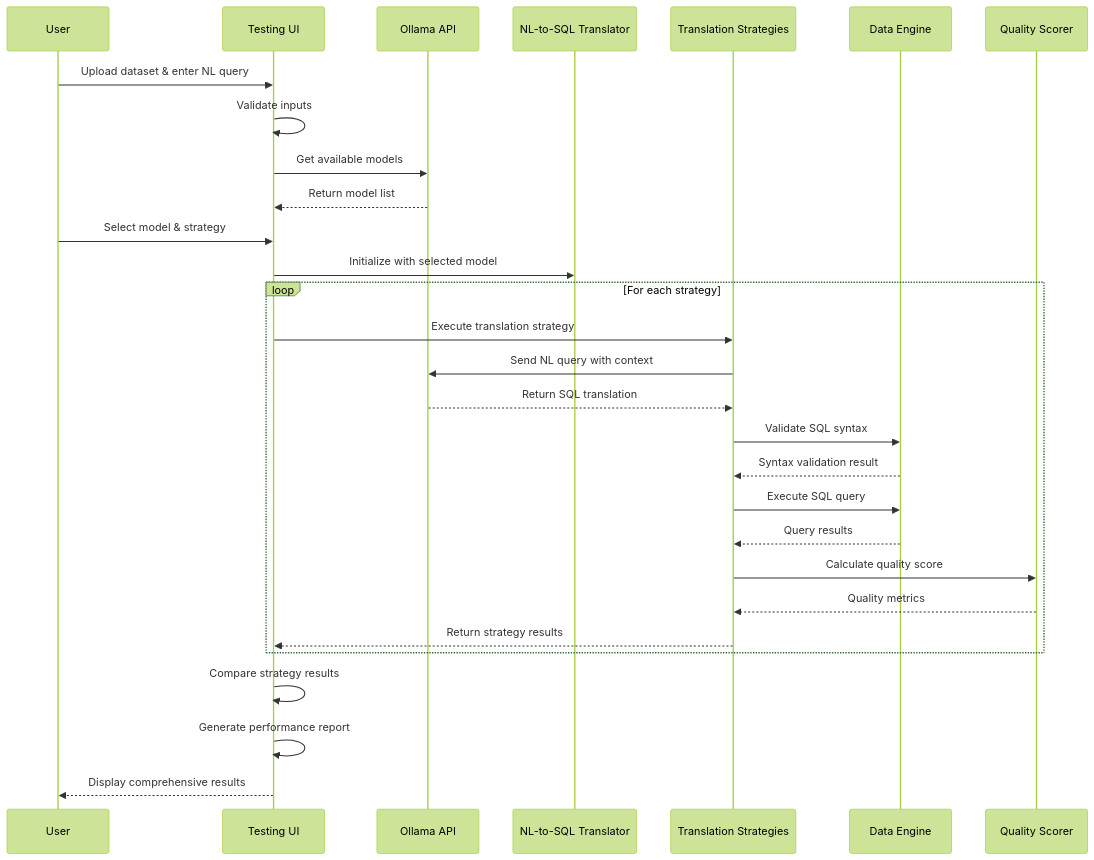
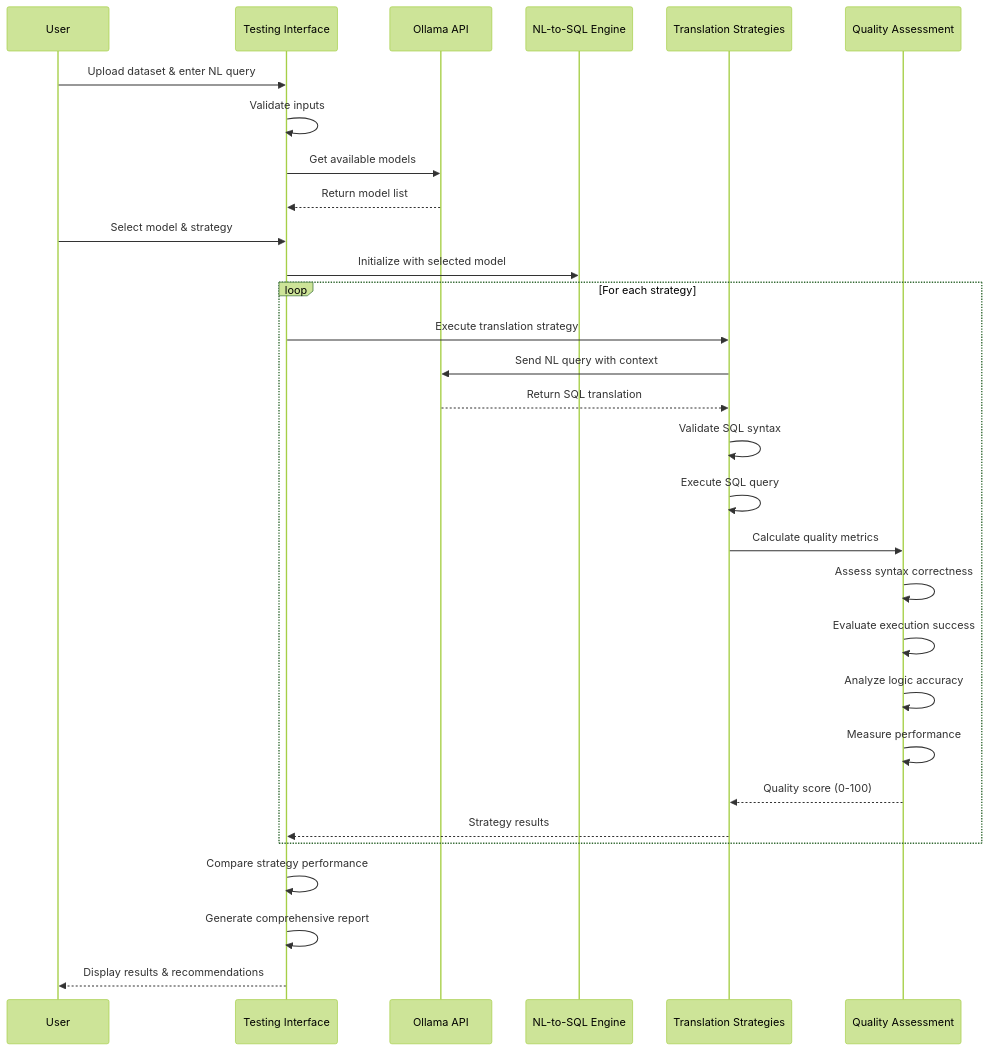
One commit to sharkoil/variancepro changed the second of 2 diagrams in README.md. Above: the diagram before and after it, drawn with Mermaid (forest theme). The commit also changed other lines of this file and 20 other files, not shown here.

````diff
--- a/README.md
+++ b/README.md
@@ -768,34 +166,39 @@
 ```mermaid
 sequenceDiagram
     participant User
-    participant UI as Testing UI
+    participant TestUI as Testing Interface
     participant Ollama as Ollama API
-    participant Translator as NL-to-SQL Translator
+    participant Translator as NL-to-SQL Engine
     participant Strategies as Translation Strategies
-    participant DB as Data Engine
-    participant Scorer as Quality Scorer
+    participant Scorer as Quality Assessment
 
-    User->>UI: Upload dataset & enter NL query
-    UI->>UI: Validate inputs
-    UI->>Ollama: Get available models
-    Ollama-->>UI: Return model list
-    User->>UI: Select model & strategy
-    UI->>Translator: Initialize with selected model
+    User->>TestUI: Upload dataset & enter NL query
+    TestUI->>TestUI: Validate inputs
+    TestUI->>Ollama: Get available models
+    Ollama-->>TestUI: Return model list
+    
+    User->>TestUI: Select model & strategy
+    TestUI->>Translator: Initialize with selected model
     
     loop For each strategy
-        UI->>Strategies: Execute translation strategy
+        TestUI->>Strategies: Execute translation strategy
         Strategies->>Ollama: Send NL query with context
         Ollama-->>Strategies: Return SQL translation
-        Strategies->>DB: Validate SQL syntax
-        DB-->>Strategies: Syntax validation result
-        Strategies->>DB: Execute SQL query
-        DB-->>Strategies: Query results
-        Strategies->>Scorer: Calculate quality score
-        Scorer-->>Strategies: Quality metrics
-        Strategies-->>UI: Return strategy results
+        
+        Strategies->>Strategies: Validate SQL syntax
+        Strategies->>Strategies: Execute SQL query
+        Strategies->>Scorer: Calculate quality metrics
+        
+        Scorer->>Scorer: Assess syntax correctness
+        Scorer->>Scorer: Evaluate execution success
+        Scorer->>Scorer: Analyze logic accuracy
+        Scorer->>Scorer: Measure performance
+        
+        Scorer-->>Strategies: Quality score (0-100)
+        Strategies-->>TestUI: Strategy results
     end
     
-    UI->>UI: Compare strategy results
-    UI->>UI: Generate performance report
-    UI-->>User: Display comprehensive results
+    TestUI->>TestUI: Compare strategy performance
+    TestUI->>TestUI: Generate comprehensive report
+    TestUI-->>User: Display results & recommendations
 ```
````
